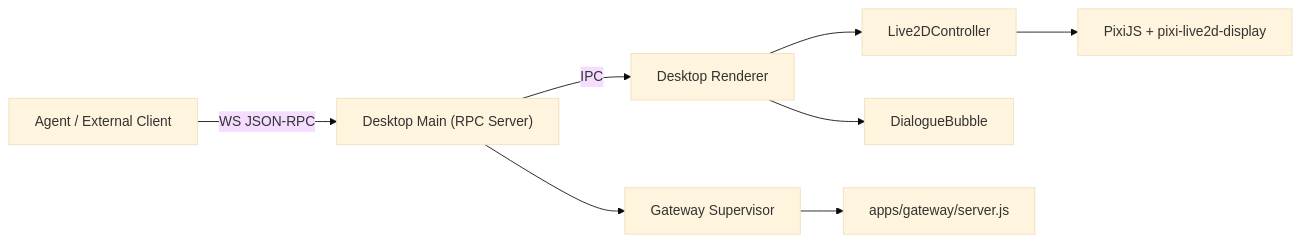
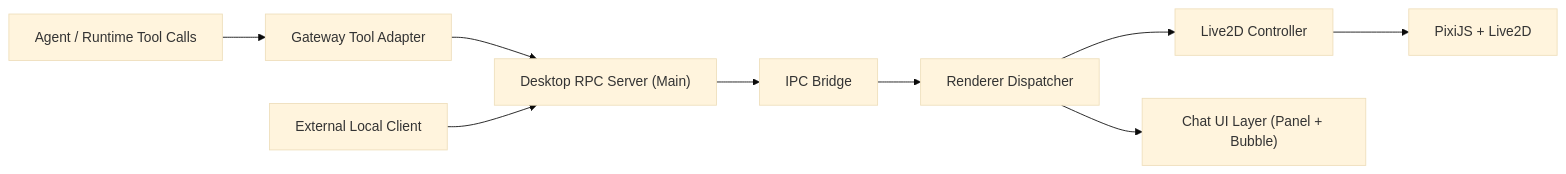
The diagram in docs/DESKTOP_LIVE2D_CONSTRUCTION_PLAN.md (sdyzjx/desktop-ai-native-runtime), drawn with Mermaid (base theme) before and after one commit. The commit also changed other lines of this file and 2 other files, not shown here.

Commit message:
docs(desktop-live2d): replan chat panel rpc pipeline and tool-calling phases

````diff
--- a/docs/DESKTOP_LIVE2D_CONSTRUCTION_PLAN.md
+++ b/docs/DESKTOP_LIVE2D_CONSTRUCTION_PLAN.md
@@ -33,10 +47,11 @@
 ```mermaid
 flowchart LR
-  A["Agent / External Client"] -->|"WS JSON-RPC"| B["Desktop Main (RPC Server)"]
-  B -->|"IPC"| C["Desktop Renderer"]
-  C --> D["Live2DController"]
-  C --> E["DialogueBubble"]
-  D --> F["PixiJS + pixi-live2d-display"]
-  B --> G["Gateway Supervisor"]
-  G --> H["apps/gateway/server.js"]
+  A["Agent / Runtime Tool Calls"] --> B["Gateway Tool Adapter"]
+  B --> C["Desktop RPC Server (Main)"]
+  D["External Local Client"] --> C
+  C --> E["IPC Bridge"]
+  E --> F["Renderer Dispatcher"]
+  F --> G["Live2D Controller"]
+  F --> H["Chat UI Layer (Panel + Bubble)"]
+  G --> I["PixiJS + Live2D"]
 ```
````
